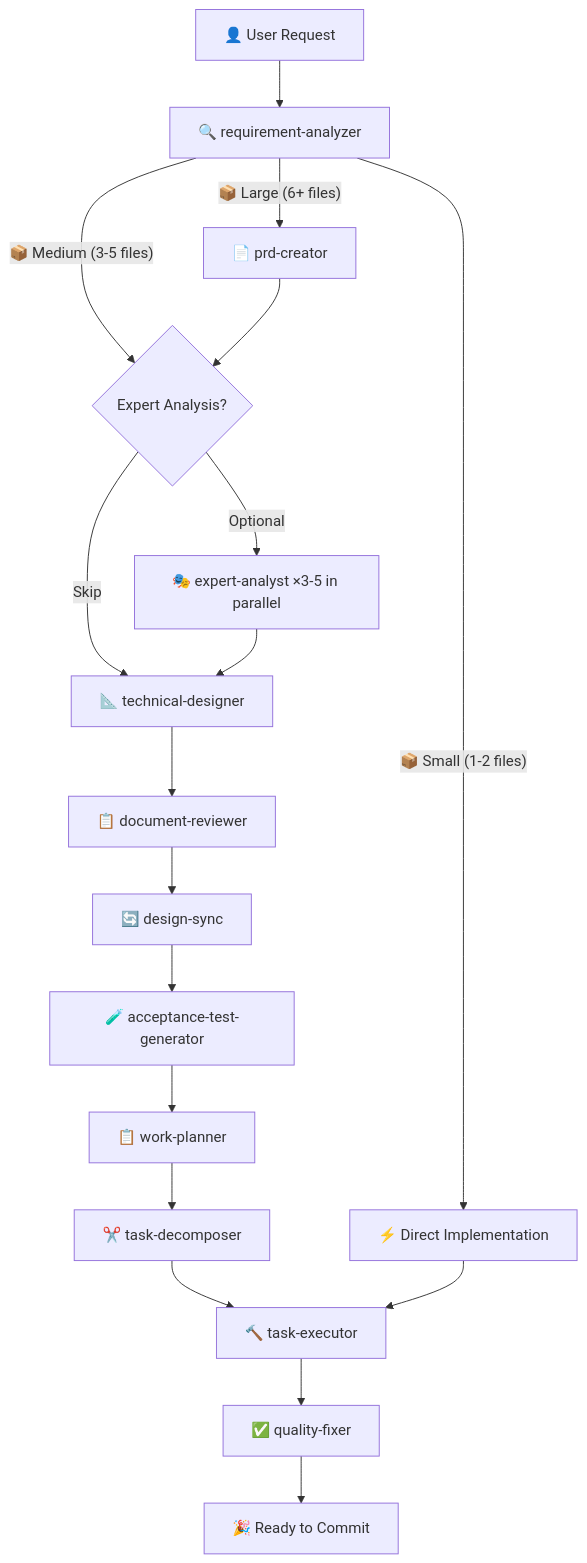
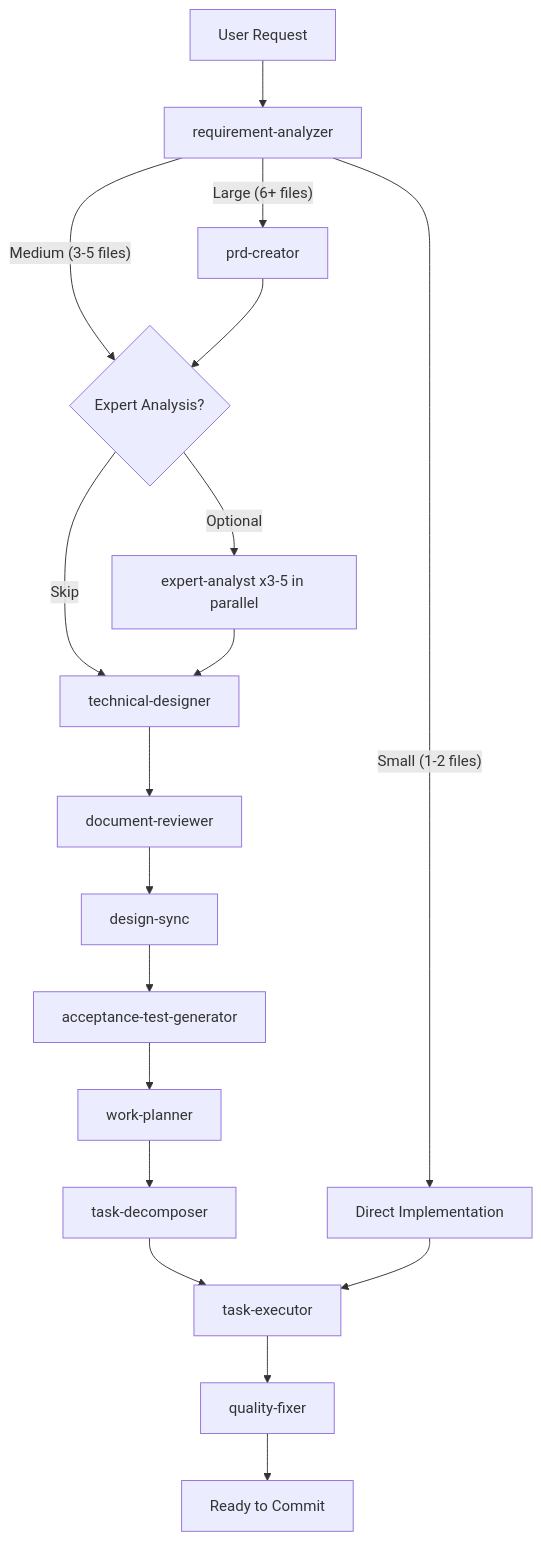
Before and after one commit to tundraray/overture: the diagram in README.md, drawn with Mermaid. The commit also changed other lines of this file and 33 other files, not shown here.

````diff
--- a/README.md
+++ b/README.md
@@ -76,24 +72,24 @@
 ```mermaid
 graph TB
-    A[👤 User Request] --> B[🔍 requirement-analyzer]
+    A[User Request] --> B[requirement-analyzer]
 
-    B --> |"📦 Large (6+ files)"| C[📄 prd-creator]
-    B --> |"📦 Medium (3-5 files)"| EX{Expert Analysis?}
-    B --> |"📦 Small (1-2 files)"| E[⚡ Direct Implementation]
+    B --> |"Large (6+ files)"| C[prd-creator]
+    B --> |"Medium (3-5 files)"| EX{Expert Analysis?}
+    B --> |"Small (1-2 files)"| E[Direct Implementation]
 
     C --> EX
-    EX --> |Optional| EA[🎭 expert-analyst ×3-5 in parallel]
-    EX --> |Skip| D[📐 technical-designer]
+    EX --> |Optional| EA[expert-analyst x3-5 in parallel]
+    EX --> |Skip| D[technical-designer]
     EA --> D
-    D --> DR[📋 document-reviewer]
-    DR --> DS[🔄 design-sync]
-    DS --> F[🧪 acceptance-test-generator]
-    F --> G[📋 work-planner]
-    G --> H[✂️ task-decomposer]
+    D --> DR[document-reviewer]
+    DR --> DS[design-sync]
+    DS --> F[acceptance-test-generator]
+    F --> G[work-planner]
+    G --> H[task-decomposer]
 
-    H --> I[🔨 task-executor]
+    H --> I[task-executor]
     E --> I
 
-    I --> J[✅ quality-fixer]
-    J --> K[🎉 Ready to Commit]
+    I --> J[quality-fixer]
+    J --> K[Ready to Commit]
 ```
````
